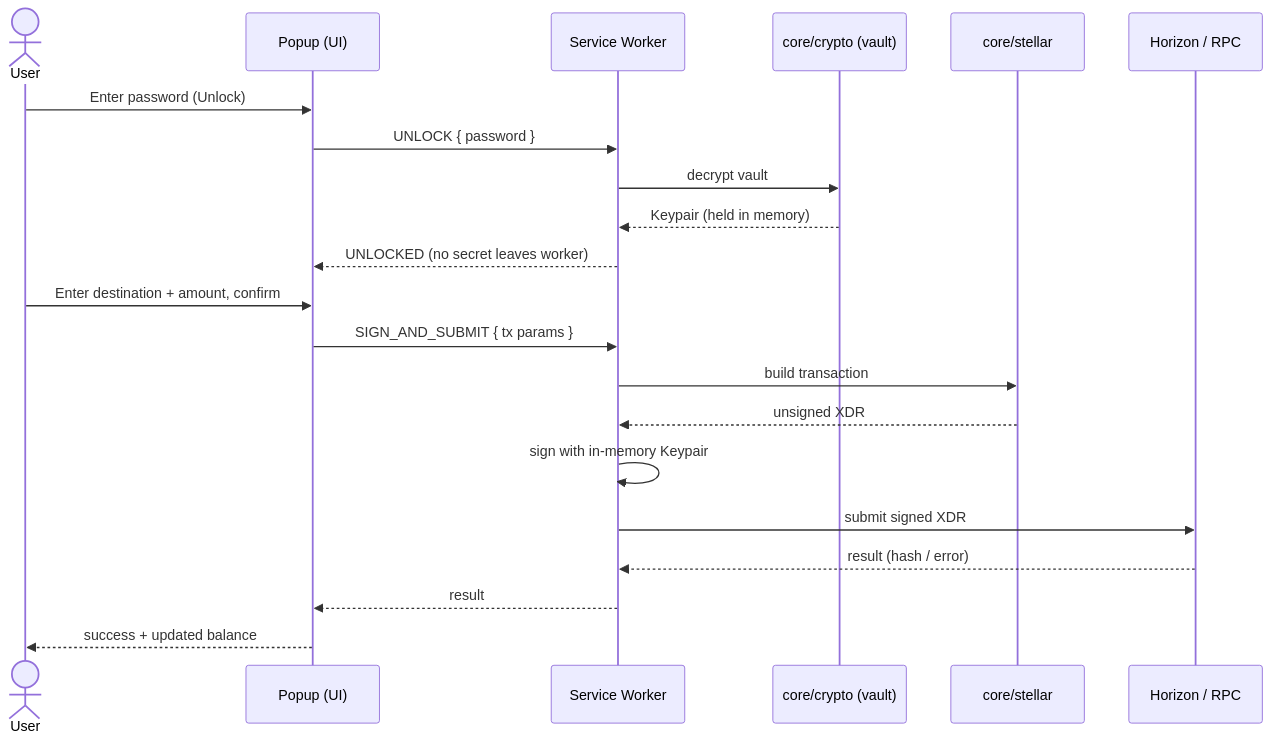
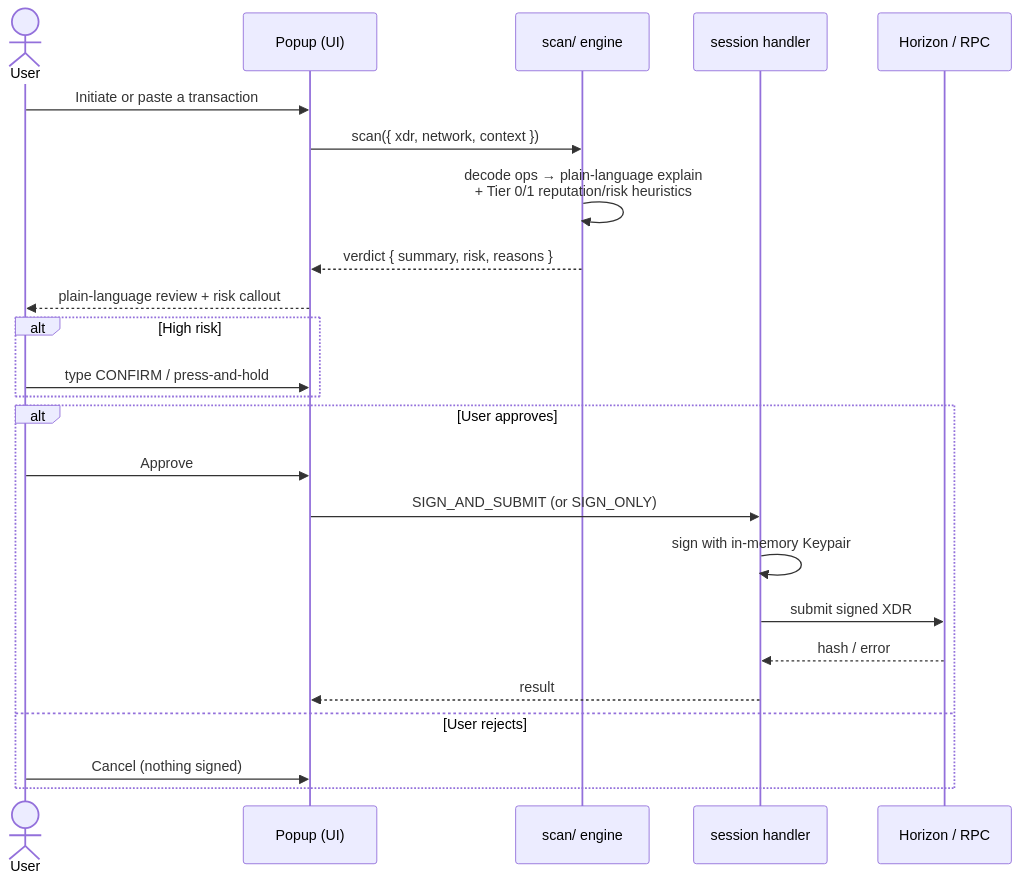
The second of 4 diagrams in README.md (kimerran/stellar-lantern), drawn with Mermaid before and after one commit. The commit also changed other lines of this file, not shown here.

First line of the commit message:
docs: rewrite README for current state (architecture + sequence diagrams)

````diff
--- a/README.md
+++ b/README.md
@@ -122,25 +141,27 @@
 ```mermaid
 sequenceDiagram
     actor U as User
     participant P as Popup (UI)
-    participant W as Service Worker
-    participant V as core/crypto (vault)
-    participant S as core/stellar
+    participant SC as scan/ engine
+    participant W as session handler
     participant H as Horizon / RPC
 
-    U->>P: Enter password (Unlock)
-    P->>W: UNLOCK { password }
-    W->>V: decrypt vault
-    V-->>W: Keypair (held in memory)
-    W-->>P: UNLOCKED (no secret leaves worker)
-
-    U->>P: Enter destination + amount, confirm
-    P->>W: SIGN_AND_SUBMIT { tx params }
-    W->>S: build transaction
-    S-->>W: unsigned XDR
-    W->>W: sign with in-memory Keypair
-    W->>H: submit signed XDR
-    H-->>W: result (hash / error)
-    W-->>P: result
-    P-->>U: success + updated balance
+    U->>P: Initiate or paste a transaction
+    P->>SC: scan({ xdr, network, context })
+    SC->>SC: decode ops → plain-language explain<br/>+ Tier 0/1 reputation/risk heuristics
+    SC-->>P: verdict { summary, risk, reasons }
+    P-->>U: plain-language review + risk callout
+    alt High risk
+        U->>P: type CONFIRM / press-and-hold
+    end
+    alt User approves
+        U->>P: Approve
+        P->>W: SIGN_AND_SUBMIT (or SIGN_ONLY)
+        W->>W: sign with in-memory Keypair
+        W->>H: submit signed XDR
+        H-->>W: hash / error
+        W-->>P: result
+    else User rejects
+        U->>P: Cancel (nothing signed)
+    end
 ```
````
